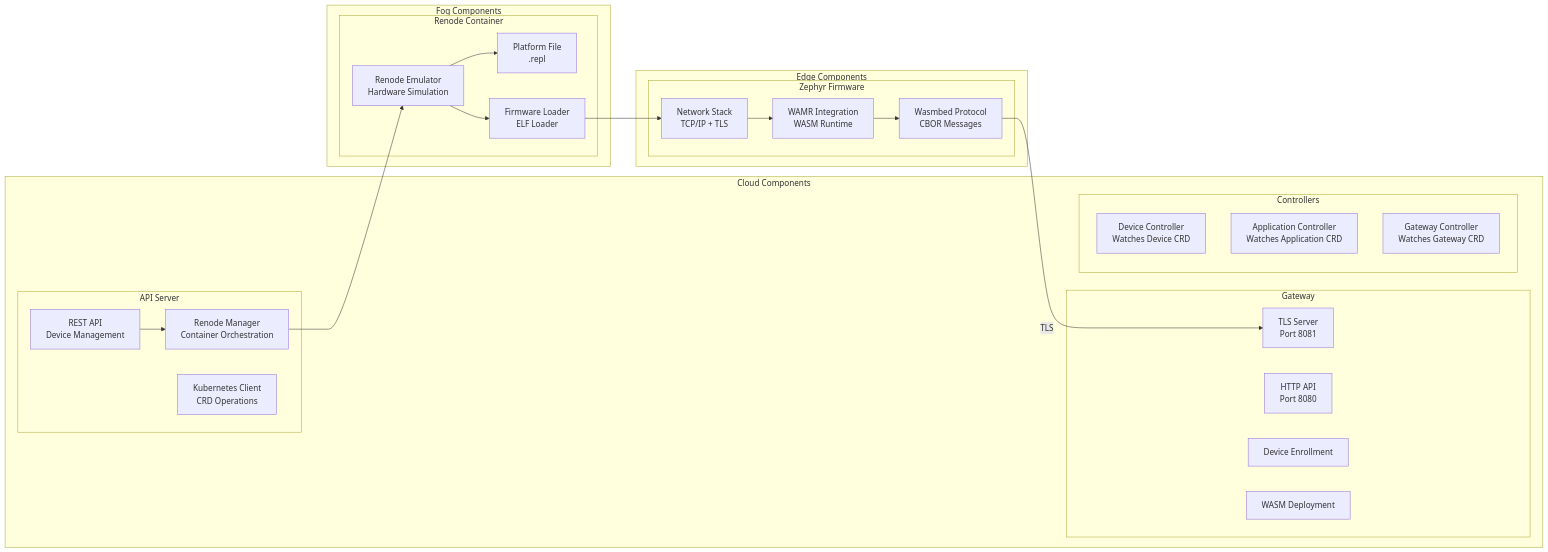
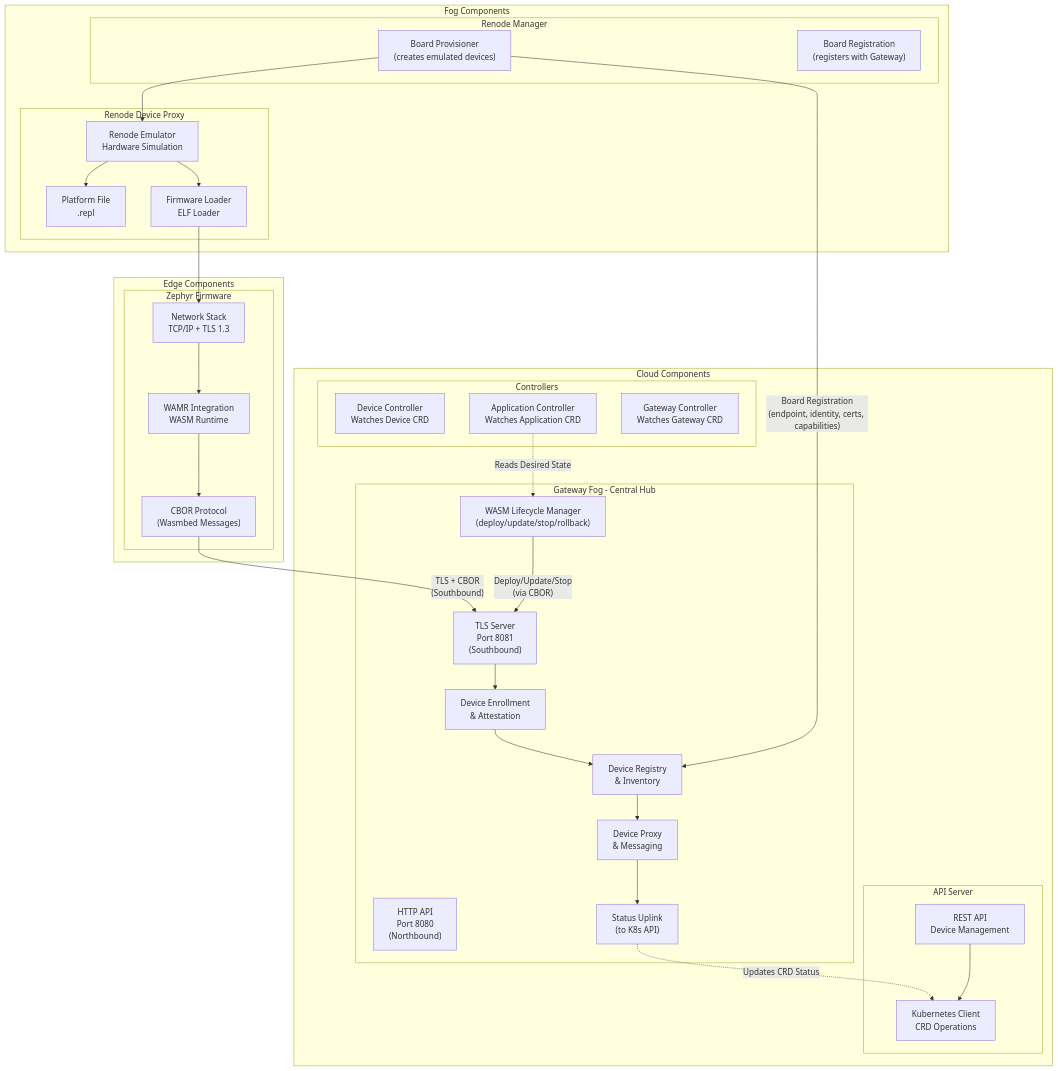
The second of 3 diagrams in README.md (lucadagati/retrospect), drawn with Mermaid before and after one commit. The commit also changed other lines of this file, not shown here.

First line of the commit message:
docs: Update README with Gateway-Centric Architecture and Implementation Roadmap

````diff
--- a/README.md
+++ b/README.md
@@ -96,48 +112,63 @@
 ```mermaid
-graph LR
+graph TB
     subgraph "Cloud Components"
         subgraph "API Server"
             API1["REST API<br/>Device Management"]
-            API2["Renode Manager<br/>Container Orchestration"]
-            API3["Kubernetes Client<br/>CRD Operations"]
+            API2["Kubernetes Client<br/>CRD Operations"]
         end
         
-        subgraph "Gateway"
-            GW1["TLS Server<br/>Port 8081"]
-            GW2["HTTP API<br/>Port 8080"]
-            GW3["Device Enrollment"]
-            GW4["WASM Deployment"]
+        subgraph "Gateway Fog - Central Hub"
+            GW1["TLS Server<br/>Port 8081<br/>(Southbound)"]
+            GW2["HTTP API<br/>Port 8080<br/>(Northbound)"]
+            GW3["Device Enrollment<br/>& Attestation"]
+            GW4["Device Registry<br/>& Inventory"]
+            GW5["WASM Lifecycle Manager<br/>(deploy/update/stop/rollback)"]
+            GW6["Device Proxy<br/>& Messaging"]
+            GW7["Status Uplink<br/>(to K8s API)"]
         end
         
         subgraph "Controllers"
             DC["Device Controller<br/>Watches Device CRD"]
             AC["Application Controller<br/>Watches Application CRD"]
             GC["Gateway Controller<br/>Watches Gateway CRD"]
         end
     end
     
     subgraph "Fog Components"
-        subgraph "Renode Container"
+        subgraph "Renode Manager"
+            RM1["Board Provisioner<br/>(creates emulated devices)"]
+            RM2["Board Registration<br/>(registers with Gateway)"]
+        end
+        
+        subgraph "Renode Device Proxy"
             RC1["Renode Emulator<br/>Hardware Simulation"]
             RC2["Platform File<br/>.repl"]
             RC3["Firmware Loader<br/>ELF Loader"]
         end
     end
     
     subgraph "Edge Components"
         subgraph "Zephyr Firmware"
-            Z1["Network Stack<br/>TCP/IP + TLS"]
+            Z1["Network Stack<br/>TCP/IP + TLS 1.3"]
             Z2["WAMR Integration<br/>WASM Runtime"]
-            Z3["Wasmbed Protocol<br/>CBOR Messages"]
+            Z3["CBOR Protocol<br/>(Wasmbed Messages)"]
         end
     end
     
     API1 --> API2
-    API2 --> RC1
+    RM1 --> RC1
+    RM1 -->|"Board Registration<br/>(endpoint, identity, certs, capabilities)"| GW4
     RC1 --> RC2
     RC1 --> RC3
     RC3 --> Z1
     Z1 --> Z2
     Z2 --> Z3
-    Z3 -->|TLS| GW1
+    Z3 -->|"TLS + CBOR<br/>(Southbound)"| GW1
+    GW1 --> GW3
+    GW3 --> GW4
+    GW4 --> GW6
+    GW5 -->|"Deploy/Update/Stop<br/>(via CBOR)"| GW1
+    GW6 --> GW7
+    GW7 -.->|"Updates CRD Status"| API2
+    AC -.->|"Reads Desired State"| GW5
 ```
````
